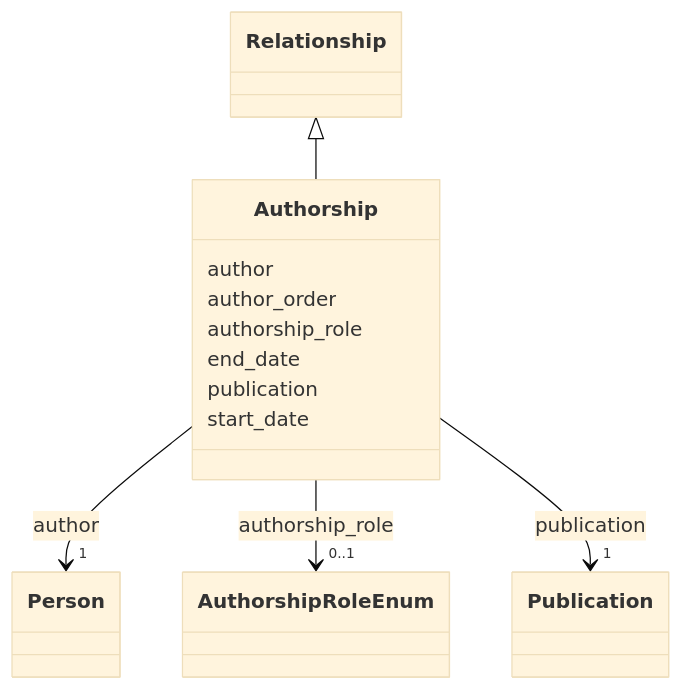
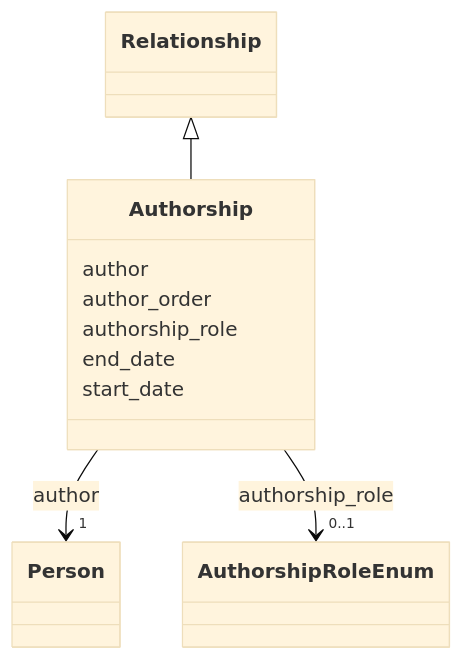
Before and after one commit to DARIAH-IL/idhi-manifests: the diagram in docs/classes/Authorship.md, drawn with Mermaid (base theme). The commit also changed other lines of this file and 68 other files, not shown here.

````diff
--- a/docs/classes/Authorship.md
+++ b/docs/classes/Authorship.md
@@ -22,56 +22,43 @@
 ```mermaid
  classDiagram
     class Authorship
       Relationship <|-- Authorship
         click Relationship href "../../classes/Relationship/"
       
 
       
 
       Authorship : author
         
           
     
         
         
         Authorship --> "1" Person : author
         
         click Person href "../../classes/Person/"
         
     
 
         
       Authorship : author_order
         
       Authorship : authorship_role
         
           
     
         
         
         Authorship --> "0..1" AuthorshipRoleEnum : authorship_role
         
         click AuthorshipRoleEnum href "../../enums/AuthorshipRoleEnum/"
         
     
 
         
       Authorship : end_date
         
-      Authorship : publication
-        
-          
-    
-        
-        
-        Authorship --> "1" Publication : publication
-        
-        click Publication href "../../classes/Publication/"
-        
-    
-
-        
       Authorship : start_date
         
       
 ```
````
